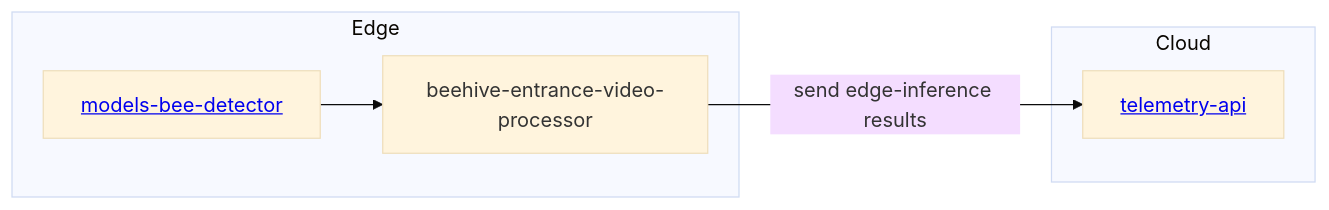
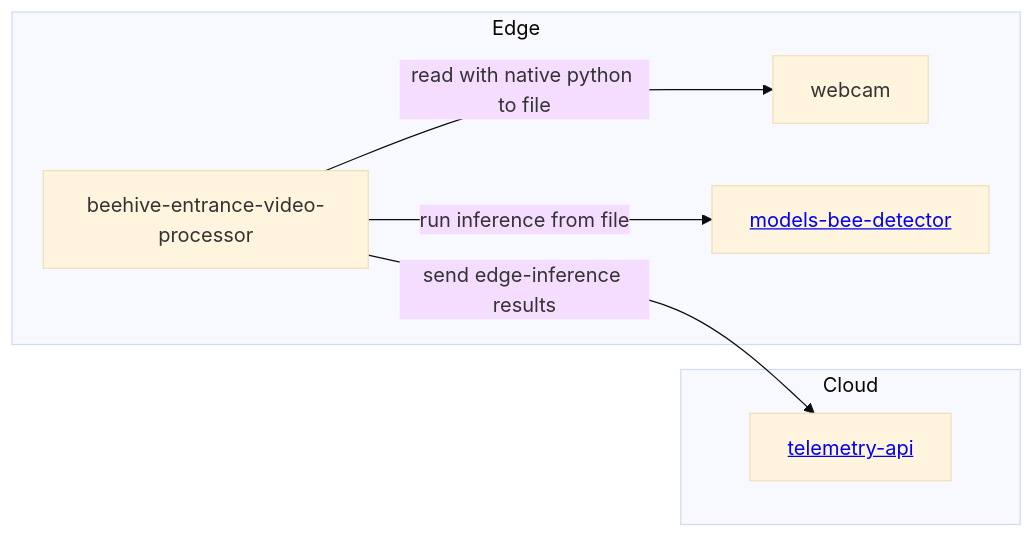
One commit to Gratheon/beehive-entrance-video-processor changed the first of 3 diagrams in README.md. Above: the diagram before and after it, drawn with Mermaid (base theme). The commit also changed other lines of this file and 1 other file, not shown here.

Commit message:
update webcam reader to have preview window, updated for jetson

````diff
--- a/README.md
+++ b/README.md
@@ -10,10 +11,11 @@
 ```mermaid
 flowchart LR
 	subgraph Edge
- 	models-bee-detector[<a href="https://github.com/Gratheon/models-bee-detector">models-bee-detector</a>] --> beehive-entrance-video-processor
+	beehive-entrance-video-processor --"read with native python to file"--> webcam
+	beehive-entrance-video-processor --"run inference from file" --> models-bee-detector[<a href="https://github.com/Gratheon/models-bee-detector">models-bee-detector</a>]
 	end
 	
 	subgraph Cloud
 	 beehive-entrance-video-processor --"send edge-inference results"--> telemetry-api[<a href="https://github.com/Gratheon/telemetry-api">telemetry-api</a>]
 	end
 ```
````
